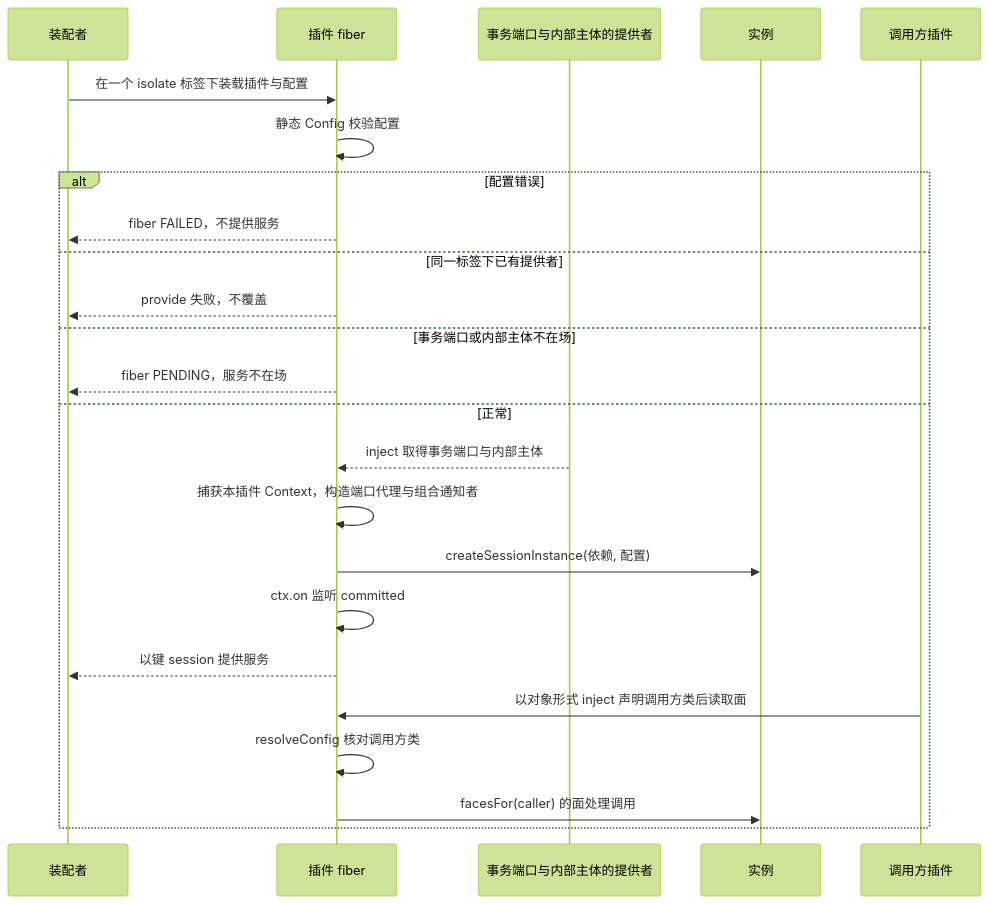
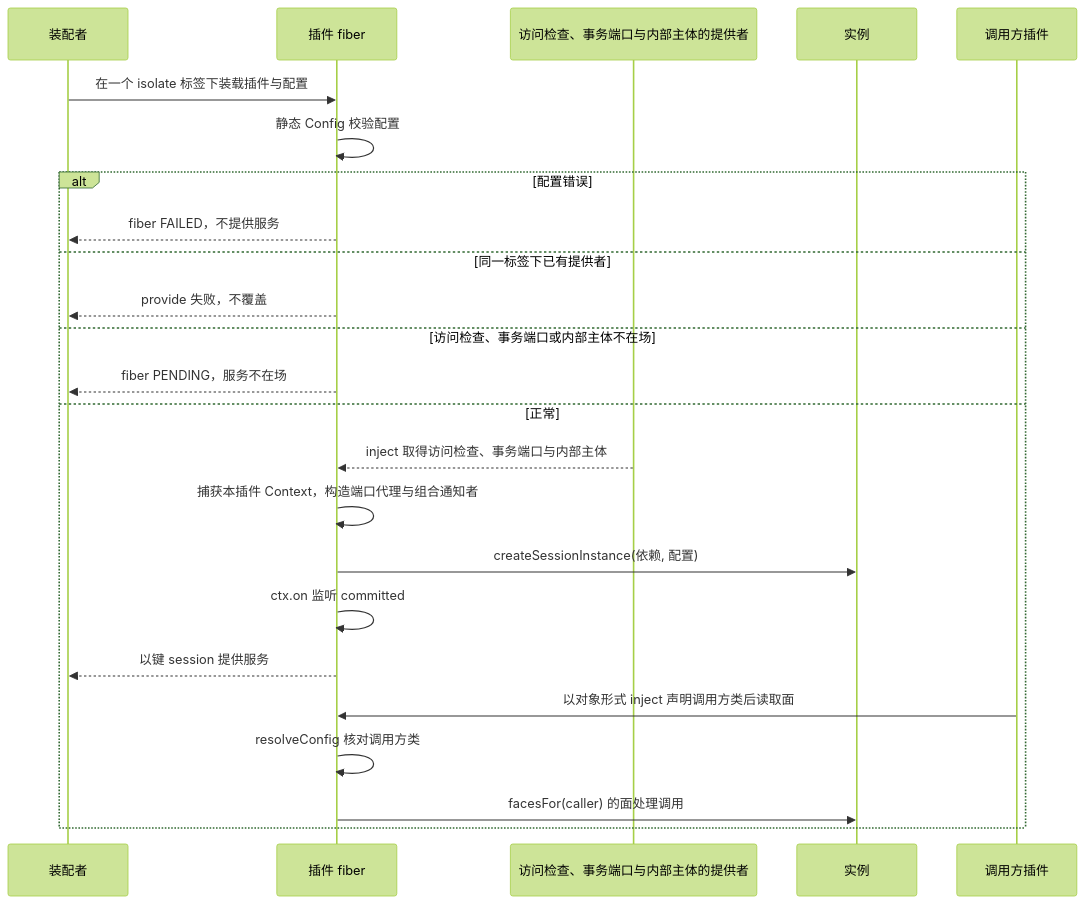
The first of 4 diagrams in packages/session/session-cordis/docs/flows.md (nemori-ai/omne-harness-lite), drawn with Mermaid (forest theme) before and after one commit. The commit also changed other lines of this file and 44 other files, not shown here.

````diff
--- a/packages/session/session-cordis/docs/flows.md
+++ b/packages/session/session-cordis/docs/flows.md
@@ -13,26 +15,26 @@
 ```mermaid
 sequenceDiagram
   participant A as 装配者
   participant F as 插件 fiber
-  participant T as 事务端口与内部主体的提供者
+  participant T as 访问检查、事务端口与内部主体的提供者
   participant I as 实例
   participant L as 调用方插件
   A->>F: 在一个 isolate 标签下装载插件与配置
   F->>F: 静态 Config 校验配置
   alt 配置错误
     F-->>A: fiber FAILED，不提供服务
   else 同一标签下已有提供者
     F-->>A: provide 失败，不覆盖
-  else 事务端口或内部主体不在场
+  else 访问检查、事务端口或内部主体不在场
     F-->>A: fiber PENDING，服务不在场
   else 正常
-    T-->>F: inject 取得事务端口与内部主体
+    T-->>F: inject 取得访问检查、事务端口与内部主体
     F->>F: 捕获本插件 Context，构造端口代理与组合通知者
     F->>I: createSessionInstance(依赖, 配置)
     F->>F: ctx.on 监听 committed
     F-->>A: 以键 session 提供服务
     L->>F: 以对象形式 inject 声明调用方类后读取面
     F->>F: resolveConfig 核对调用方类
     F->>I: facesFor(caller) 的面处理调用
   end
 ```
````
